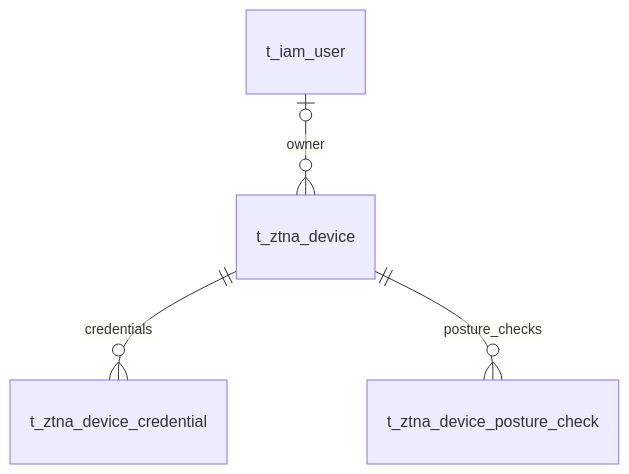
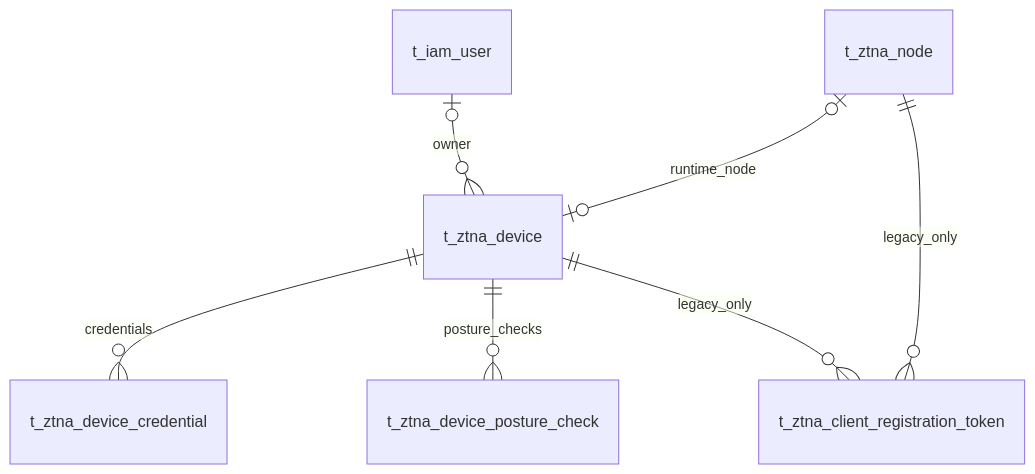
Before and after one commit to shengzhi/velotrust: the diagram in docs/database/design/ztna_device_data_design.md, drawn with Mermaid. The commit also changed other lines of this file and 106 other files, not shown here.

````diff
--- a/docs/database/design/ztna_device_data_design.md
+++ b/docs/database/design/ztna_device_data_design.md
@@ -15,6 +15,9 @@
 ```mermaid
 erDiagram
     t_iam_user o|--o{ t_ztna_device : owner
+    t_ztna_node o|--o| t_ztna_device : runtime_node
     t_ztna_device ||--o{ t_ztna_device_credential : credentials
     t_ztna_device ||--o{ t_ztna_device_posture_check : posture_checks
+    t_ztna_node ||--o{ t_ztna_client_registration_token : legacy_only
+    t_ztna_device ||--o{ t_ztna_client_registration_token : legacy_only
 ```
````
